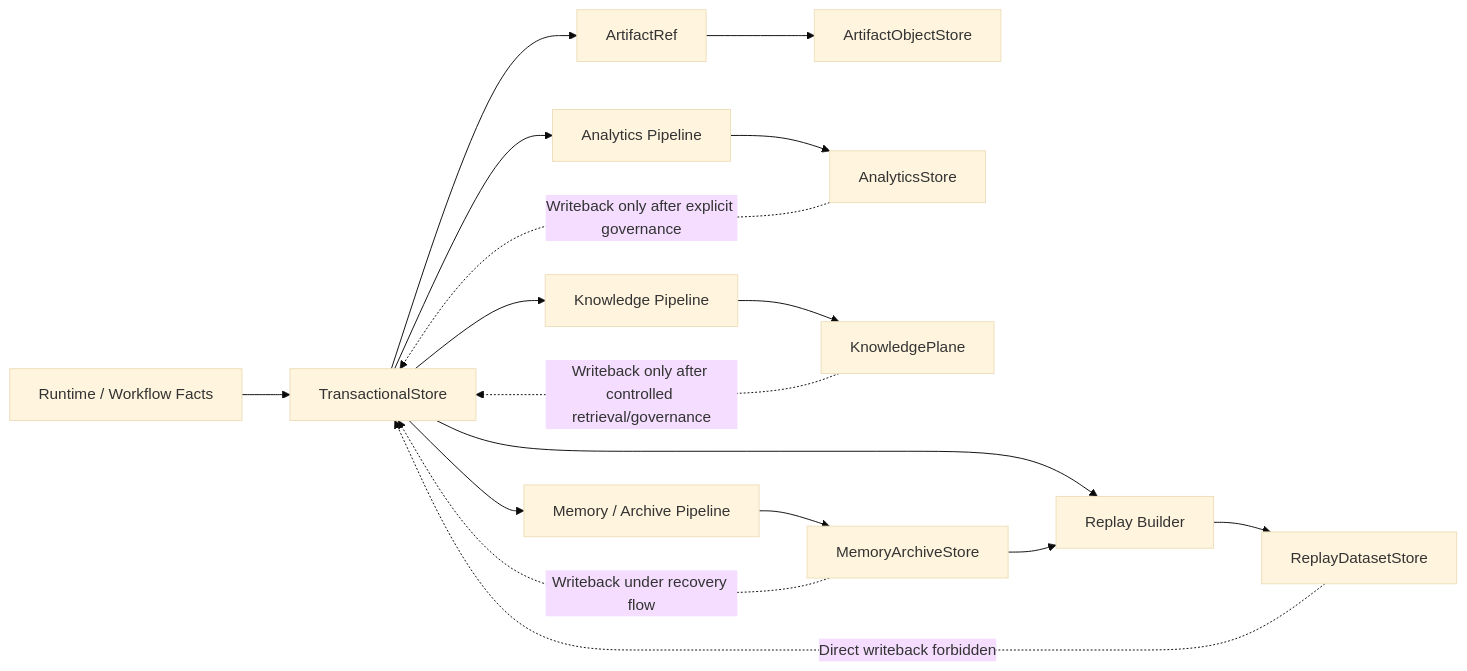
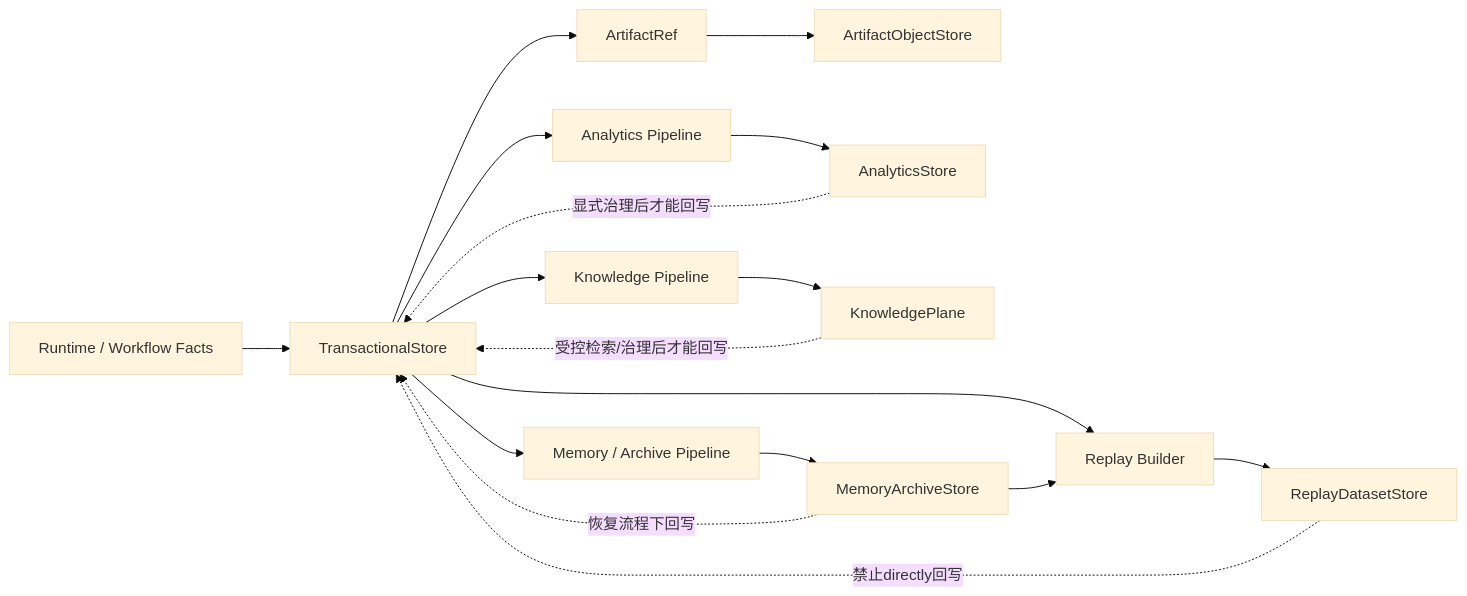
The second of 3 diagrams in docs_en/contracts/data_plane_contract.md (HoldenShen-hz/automatic-agent-platform), drawn with Mermaid (base theme) before and after one commit. The commit also changed other lines of this file and 410 other files, not shown here.

````diff
--- a/docs_en/contracts/data_plane_contract.md
+++ b/docs_en/contracts/data_plane_contract.md
@@ -185,20 +185,20 @@
 ```mermaid
 flowchart LR
     A["Runtime / Workflow Facts"] --> B["TransactionalStore"]
     B --> C["ArtifactRef"]
     C --> D["ArtifactObjectStore"]
     B --> E["Analytics Pipeline"]
     E --> F["AnalyticsStore"]
     B --> K["Knowledge Pipeline"]
     K --> L["KnowledgePlane"]
     B --> G["Memory / Archive Pipeline"]
     G --> H["MemoryArchiveStore"]
     B --> I["Replay Builder"]
     H --> I
     I --> J["ReplayDatasetStore"]
 
-    F -. "Writeback only after explicit governance" .-> B
-    L -. "Writeback only after controlled retrieval/governance" .-> B
-    H -. "Writeback under recovery flow" .-> B
-    J -. "Direct writeback forbidden" .-> B
+    F -. "显式治理后才能回写" .-> B
+    L -. "受控检索/治理后才能回写" .-> B
+    H -. "恢复流程下回写" .-> B
+    J -. "禁止directly回写" .-> B
 ```
````
